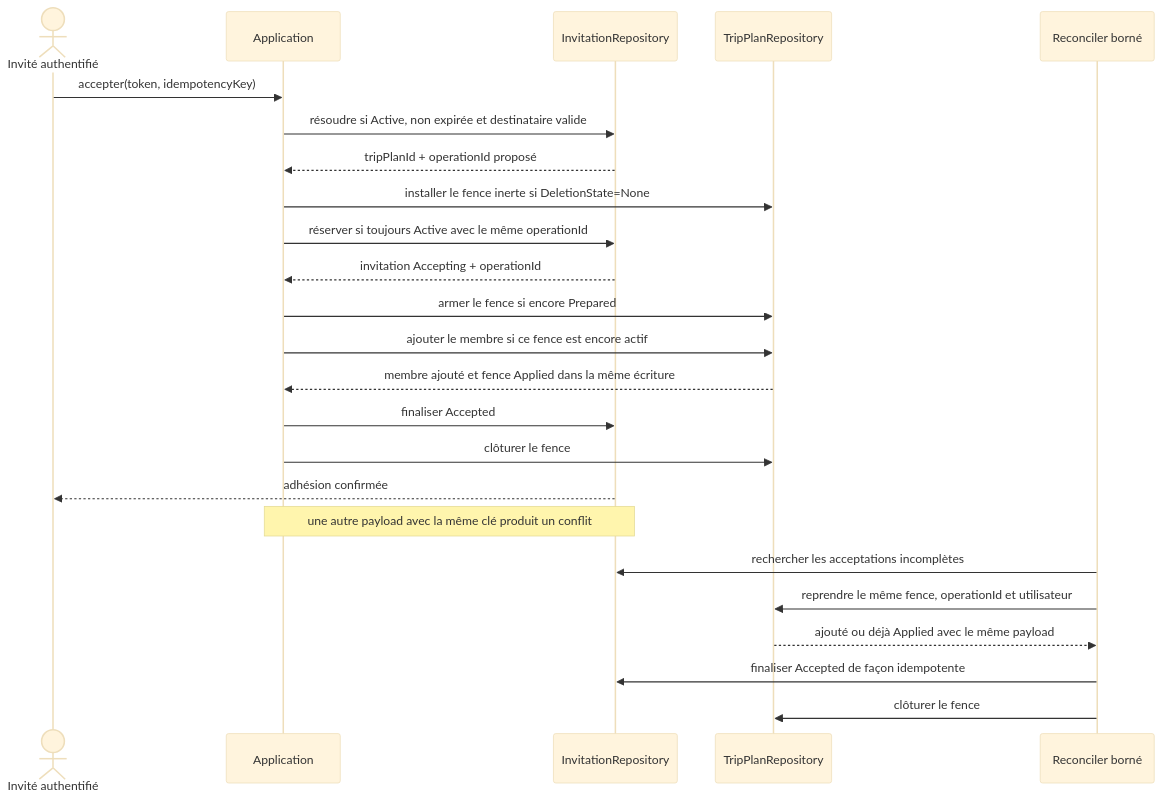
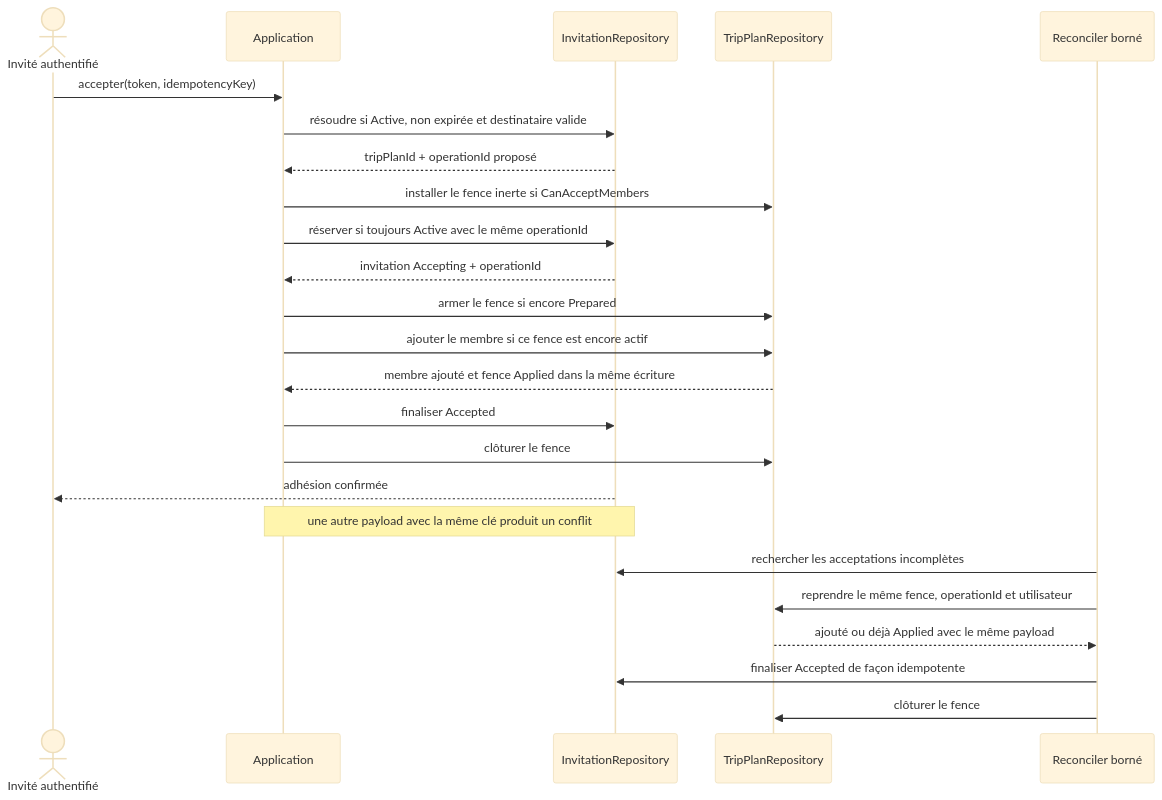
One commit to Ced59/AmusementParkProject changed the second of 4 diagrams in docs/architecture/product-growth-trip-01-aggregate-roles-privacy-2026-09-17.md. Above: the diagram before and after it, drawn with Mermaid (base theme). The commit also changed other lines of this file, not shown here.

````diff
--- a/docs/architecture/product-growth-trip-01-aggregate-roles-privacy-2026-09-17.md
+++ b/docs/architecture/product-growth-trip-01-aggregate-roles-privacy-2026-09-17.md
@@ -251,27 +255,27 @@
 ```mermaid
 sequenceDiagram
     actor I as Invité authentifié
     participant A as Application
     participant R as InvitationRepository
     participant P as TripPlanRepository
     participant J as Reconciler borné
 
     I->>A: accepter(token, idempotencyKey)
     A->>R: résoudre si Active, non expirée et destinataire valide
     R-->>A: tripPlanId + operationId proposé
-    A->>P: installer le fence inerte si DeletionState=None
+    A->>P: installer le fence inerte si CanAcceptMembers
     A->>R: réserver si toujours Active avec le même operationId
     R-->>A: invitation Accepting + operationId
     A->>P: armer le fence si encore Prepared
     A->>P: ajouter le membre si ce fence est encore actif
     P-->>A: membre ajouté et fence Applied dans la même écriture
     A->>R: finaliser Accepted
     A->>P: clôturer le fence
     R-->>I: adhésion confirmée
     Note over A,R: une autre payload avec la même clé produit un conflit
     J->>R: rechercher les acceptations incomplètes
     J->>P: reprendre le même fence, operationId et utilisateur
     P-->>J: ajouté ou déjà Applied avec le même payload
     J->>R: finaliser Accepted de façon idempotente
     J->>P: clôturer le fence
 ```
````
